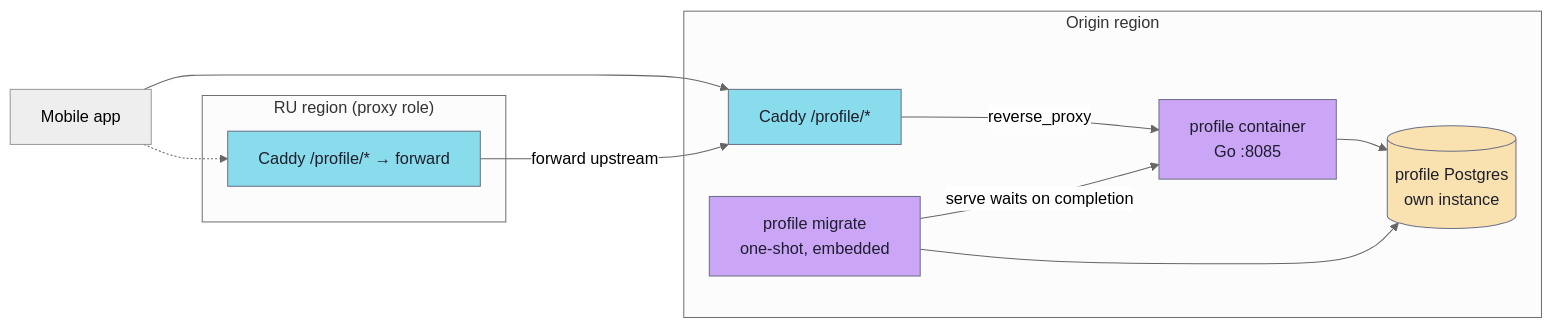
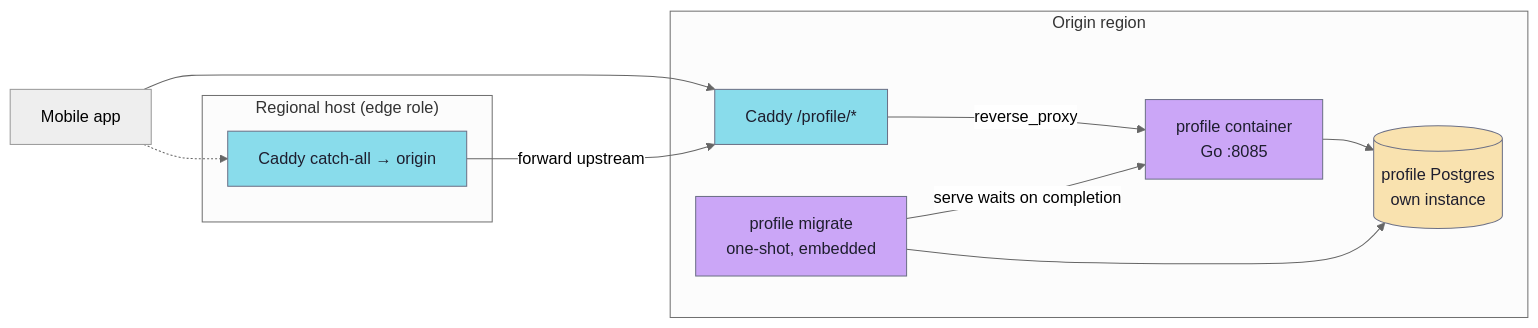
The third of 3 diagrams in docs/repos/shruti/architecture/profile-sync.md (jiva-studio/shruti), drawn with Mermaid (neutral theme) before and after one commit. The commit also changed other lines of this file and 23 other files, not shown here.

First line of the commit message:
docs: one write store, one backend, the edge role

````diff
--- a/docs/repos/shruti/architecture/profile-sync.md
+++ b/docs/repos/shruti/architecture/profile-sync.md
@@ -314,28 +314,28 @@
 ```mermaid
 graph LR
     App["Mobile app"] --> Edge
 
-    subgraph RU["RU region (proxy role)"]
-        RUEdge["Caddy /profile/* → forward"]
+    subgraph Regional["Regional host (edge role)"]
+        RUEdge["Caddy catch-all → origin"]
     end
     subgraph Origin["Origin region"]
         Edge["Caddy /profile/*"]
         Svc["profile container<br/>Go :8085"]
         PG[("profile Postgres<br/>own instance")]
         Mig["profile migrate<br/>one-shot, embedded"]
     end
 
     App -.-> RUEdge
     RUEdge -->|forward upstream| Edge
     Edge -->|reverse_proxy| Svc
     Svc --> PG
     Mig -->|serve waits on completion| Svc
     Mig --> PG
 
     classDef edge fill:#89dceb,stroke:#6c7086,color:#1e1e2e;
     classDef svc fill:#cba6f7,stroke:#6c7086,color:#1e1e2e;
     classDef store fill:#f9e2af,stroke:#6c7086,color:#1e1e2e;
     class Edge,RUEdge edge;
     class Svc,Mig svc;
     class PG store;
 ```
````
